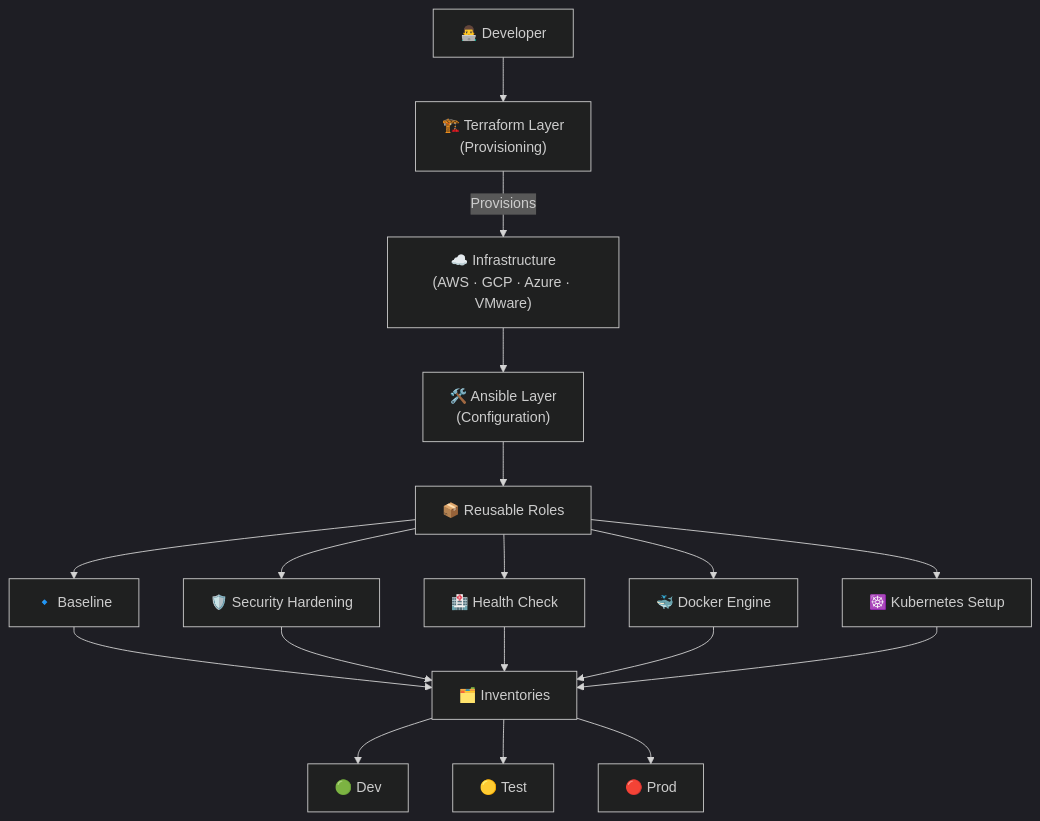
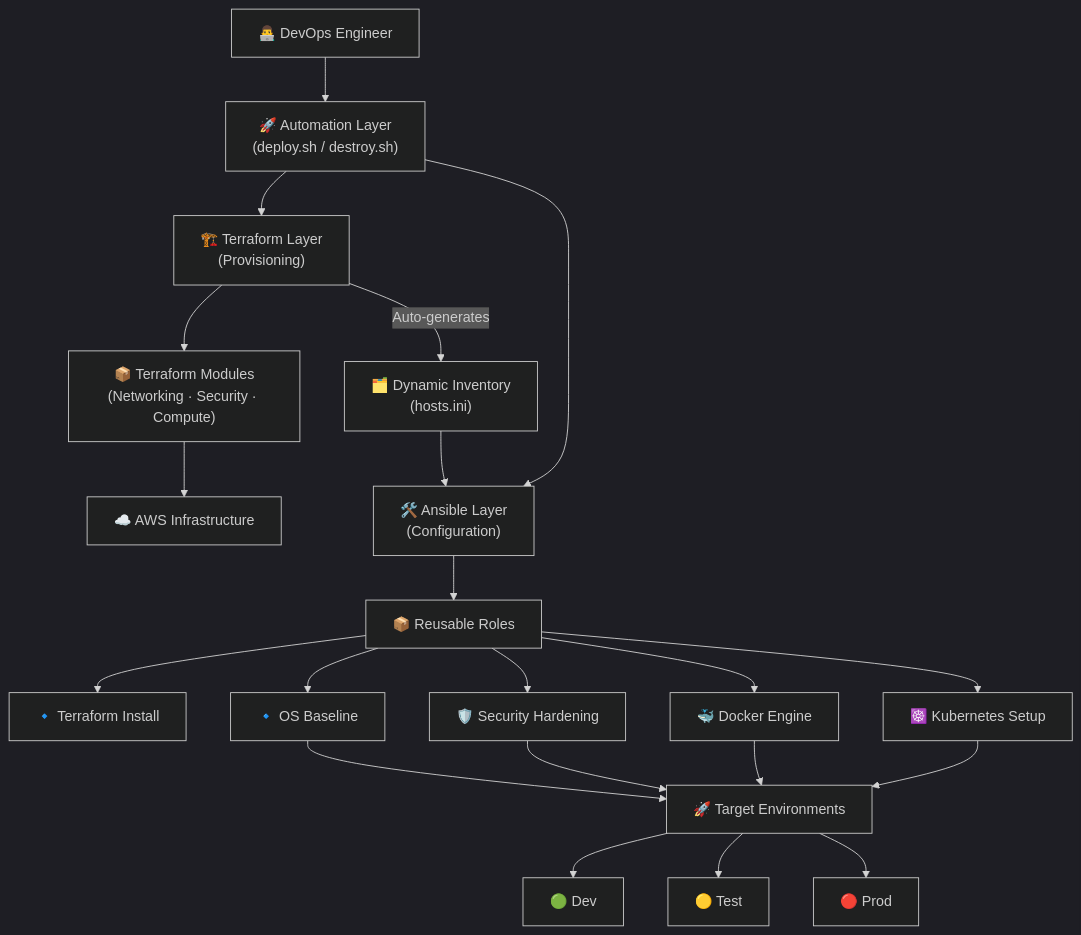
Before and after one commit to Alephdjcs/automation-infrastructureconfiguration-readytogo: the diagram in README.md, drawn with Mermaid (dark theme). The commit also changed other lines of this file, not shown here.

````diff
--- a/README.md
+++ b/README.md
@@ -32,22 +31,32 @@
 ```mermaid
 graph TD
-    Developer["👨‍💻 Developer"] --> Terraform["🏗️ Terraform Layer<br/>(Provisioning)"]
-    
-    Terraform -->|Provisions| Cloud["☁️ Infrastructure<br/>(AWS · GCP · Azure · VMware)"]
-    
-    Cloud --> Ansible["🛠️ Ansible Layer<br/>(Configuration)"]
+    %% Entry Point
+    DevOps["👨‍💻 DevOps Engineer"] --> Scripts["🚀 Automation Layer<br/>(deploy.sh / destroy.sh)"]
+
+    %% Infrastructure Phase
+    Scripts --> TF["🏗️ Terraform Layer<br/>(Provisioning)"]
+    TF --> Modules["📦 Terraform Modules<br/>(Networking · Security · Compute)"]
+    Modules --> AWS["☁️ AWS Infrastructure"]
+
+    %% The Bridge
+    TF -->|Auto-generates| Inventory["🗂️ Dynamic Inventory<br/>(hosts.ini)"]
+
+    %% Configuration Phase
+    Scripts --> Ansible["🛠️ Ansible Layer<br/>(Configuration)"]
+    Inventory --> Ansible
     
     Ansible --> Roles["📦 Reusable Roles"]
     
-    Roles --> Baseline["🔹 Baseline"]
-    Roles --> Hardening["🛡️ Security Hardening"]
-    Roles --> Health["🏥 Health Check"]
-    Roles --> Docker["🐳 Docker Engine"]
+    %% Specific Roles
+    Roles --> TF_Inst["🔹 Terraform Install"]
+    Roles --> Base["🔹 OS Baseline"]
+    Roles --> Hard["🛡️ Security Hardening"]
+    Roles --> Dock["🐳 Docker Engine"]
     Roles --> K8s["☸️ Kubernetes Setup"]
     
-    Baseline & Hardening & Health & Docker & K8s --> Inventories["🗂️ Inventories"]
-    
-    Inventories --> Dev["🟢 Dev"]
-    Inventories --> Test["🟡 Test"]
-    Inventories --> Prod["🔴 Prod"]
+    %% Environment Delivery
+    Base & Hard & Dock & K8s --> Env["🚀 Target Environments"]
+    Env --> D["🟢 Dev"]
+    Env --> T["🟡 Test"]
+    Env --> P["🔴 Prod"]
 ```
````
